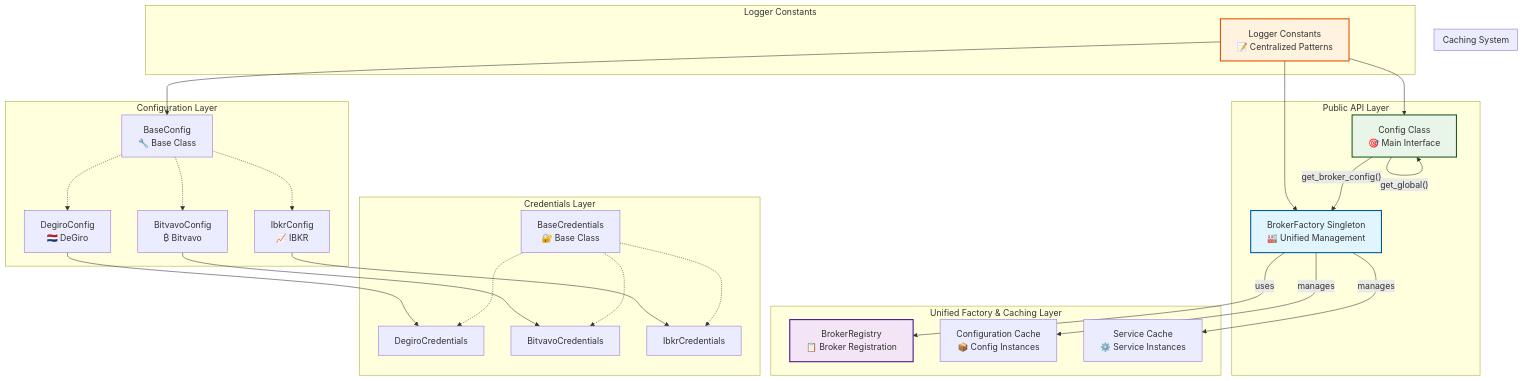
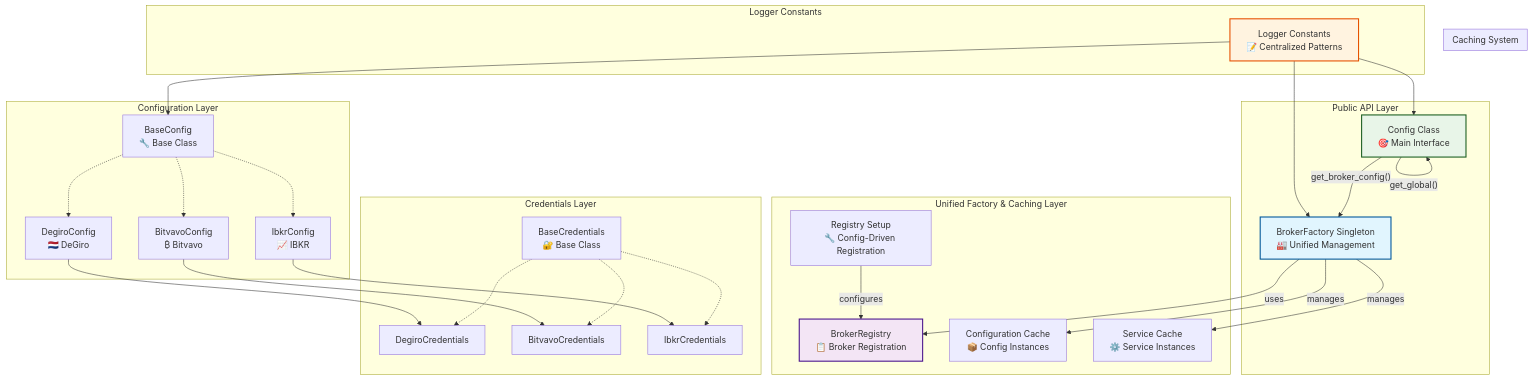
Before and after one commit to ctasada/stonks-overwatch: the diagram in docs/Configuration-Integration.md, drawn with Mermaid. The commit also changed other lines of this file and 6 other files, not shown here.

````diff
--- a/docs/Configuration-Integration.md
+++ b/docs/Configuration-Integration.md
@@ -17,61 +112,63 @@
 ```mermaid
 graph TB
     subgraph "Public API Layer"
         Config[Config Class<br/>🎯 Main Interface]
         Config --> |"get_global()"| Config
         Config --> |"get_broker_config()"| BrokerFactory
     end
 
     subgraph "Unified Factory & Caching Layer"
         BrokerFactory[BrokerFactory Singleton<br/>🏭 Unified Management]
         BrokerRegistry[BrokerRegistry<br/>📋 Broker Registration]
+        RegistrySetup[Registry Setup<br/>🔧 Config-Driven Registration]
         BrokerFactory --> |uses| BrokerRegistry
         BrokerFactory --> |manages| ConfigCache
         BrokerFactory --> |manages| ServiceCache
+        RegistrySetup --> |configures| BrokerRegistry
     end
 
     subgraph "Configuration Layer"
         BaseConfig[BaseConfig<br/>🔧 Base Class]
         DegiroConfig[DegiroConfig<br/>🇳🇱 DeGiro]
         BitvavoConfig[BitvavoConfig<br/>₿ Bitvavo]
         IbkrConfig[IbkrConfig<br/>📈 IBKR]
 
         BaseConfig -.-> DegiroConfig
         BaseConfig -.-> BitvavoConfig
         BaseConfig -.-> IbkrConfig
     end
 
     subgraph "Credentials Layer"
         BaseCredentials[BaseCredentials<br/>🔐 Base Class]
         DegiroCredentials[DegiroCredentials]
         BitvavoCredentials[BitvavoCredentials]
         IbkrCredentials[IbkrCredentials]
 
         BaseCredentials -.-> DegiroCredentials
         BaseCredentials -.-> BitvavoCredentials
         BaseCredentials -.-> IbkrCredentials
     end
 
     subgraph "Caching System"
         ConfigCache[Configuration Cache<br/>📦 Config Instances]
         ServiceCache[Service Cache<br/>⚙️ Service Instances]
     end
 
     subgraph "Logger Constants"
         LoggerConstants[Logger Constants<br/>📝 Centralized Patterns]
         LoggerConstants --> Config
         LoggerConstants --> BaseConfig
         LoggerConstants --> BrokerFactory
     end
 
     %% Relationships
     DegiroConfig --> DegiroCredentials
     BitvavoConfig --> BitvavoCredentials
     IbkrConfig --> IbkrCredentials
 
     %% Styling
     style Config fill:#e8f5e8,stroke:#1b5e20,stroke-width:2px
     style BrokerFactory fill:#e1f5fe,stroke:#01579b,stroke-width:2px
     style BrokerRegistry fill:#f3e5f5,stroke:#4a148c,stroke-width:2px
     style LoggerConstants fill:#fff3e0,stroke:#e65100,stroke-width:2px
 ```
````
